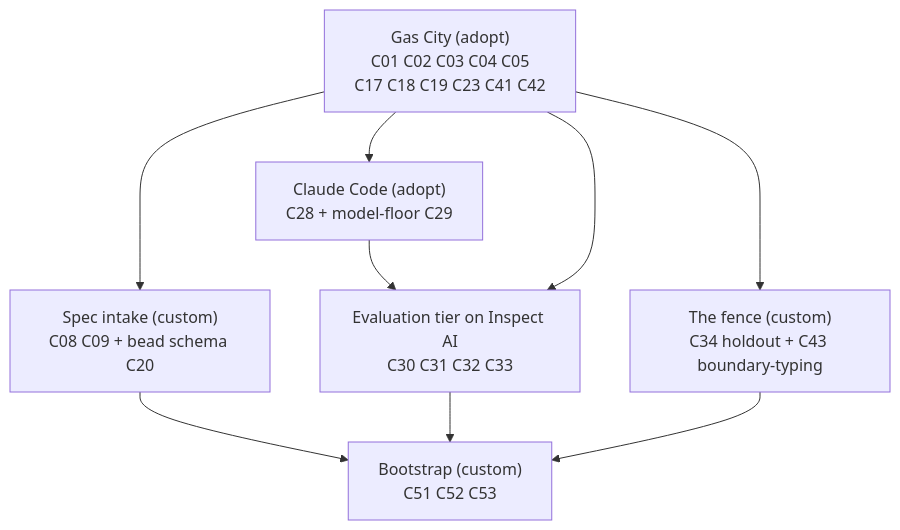
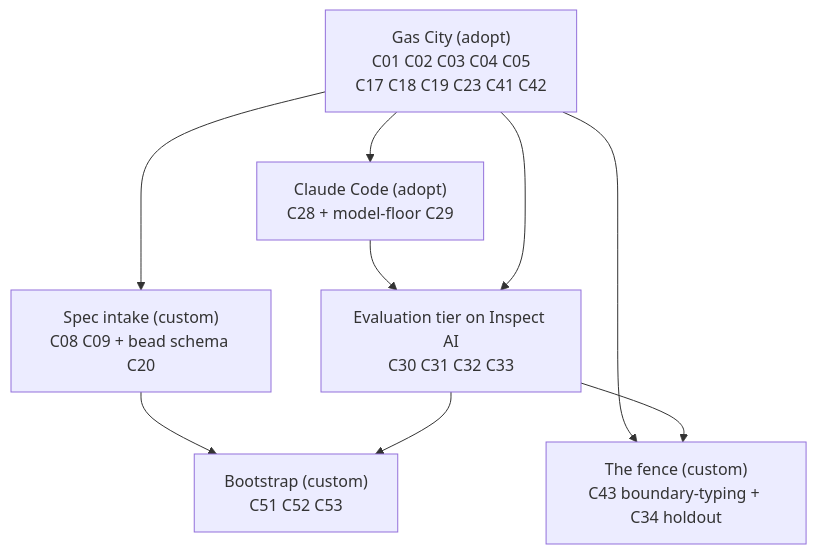
Before and after one commit to lago-morph/software-factory: the first of 3 diagrams in architectures/v4/implementation-dependencies.md, drawn with Mermaid. The commit also changed other lines of this file and 1 other file, not shown here.

````diff
--- a/architectures/v4/implementation-dependencies.md
+++ b/architectures/v4/implementation-dependencies.md
@@ -26,13 +26,14 @@
 ```mermaid
 flowchart TD
   G["Gas City (adopt)<br/>C01 C02 C03 C04 C05<br/>C17 C18 C19 C23 C41 C42"]
   CC["Claude Code (adopt)<br/>C28 + model-floor C29"]
   S["Spec intake (custom)<br/>C08 C09 + bead schema C20"]
   E["Evaluation tier on Inspect AI<br/>C30 C31 C32 C33"]
-  F["The fence (custom)<br/>C34 holdout + C43 boundary-typing"]
+  F["The fence (custom)<br/>C43 boundary-typing + C34 holdout"]
   B["Bootstrap (custom)<br/>C51 C52 C53"]
   G --> CC --> E
   G --> S --> B
   G --> E --> B
-  G --> F --> B
+  G --> F
+  E --> F
 ```
````
